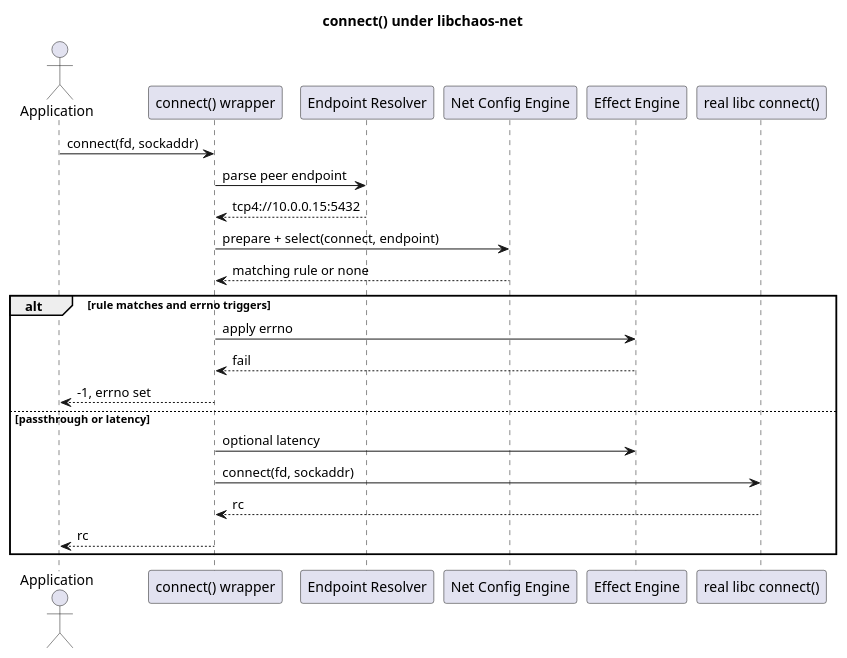
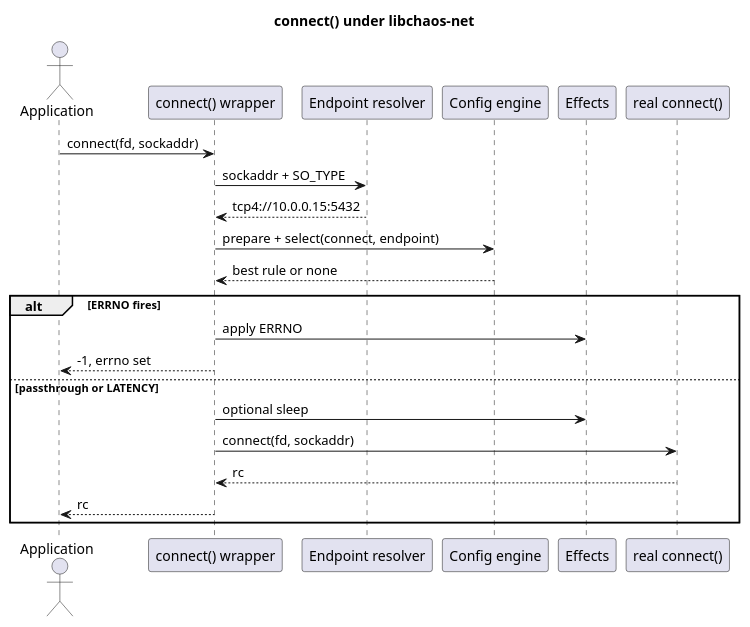
One commit to macstab/macstab-chaos-testing-libraries changed the second of 3 diagrams in docs/NETWORK.md. Above: the diagram before and after it, drawn with PlantUML. The commit also changed other lines of this file and 7 other files, not shown here.

````diff
--- a/docs/NETWORK.md
+++ b/docs/NETWORK.md
@@ -427,28 +341,27 @@
 ```plantuml
 @startuml
 title connect() under libchaos-net
 
 actor Application as App
 participant "connect() wrapper" as Wrap
-participant "Endpoint Resolver" as Resolver
-participant "Net Config Engine" as Config
-participant "Effect Engine" as Effects
-participant "real libc connect()" as Libc
+participant "Endpoint resolver" as Resolver
+participant "Config engine" as Config
+participant "Effects" as Effects
+participant "real connect()" as Real
 
 App -> Wrap : connect(fd, sockaddr)
-Wrap -> Resolver : parse peer endpoint
+Wrap -> Resolver : sockaddr + SO_TYPE
 Resolver --> Wrap : tcp4://10.0.0.15:5432
 Wrap -> Config : prepare + select(connect, endpoint)
-Config --> Wrap : matching rule or none
-alt rule matches and errno triggers
-  Wrap -> Effects : apply errno
-  Effects --> Wrap : fail
+Config --> Wrap : best rule or none
+alt ERRNO fires
+  Wrap -> Effects : apply ERRNO
   Wrap --> App : -1, errno set
-else passthrough or latency
-  Wrap -> Effects : optional latency
-  Wrap -> Libc : connect(fd, sockaddr)
-  Libc --> Wrap : rc
+else passthrough or LATENCY
+  Wrap -> Effects : optional sleep
+  Wrap -> Real : connect(fd, sockaddr)
+  Real --> Wrap : rc
   Wrap --> App : rc
 end
 @enduml
 ```
````
